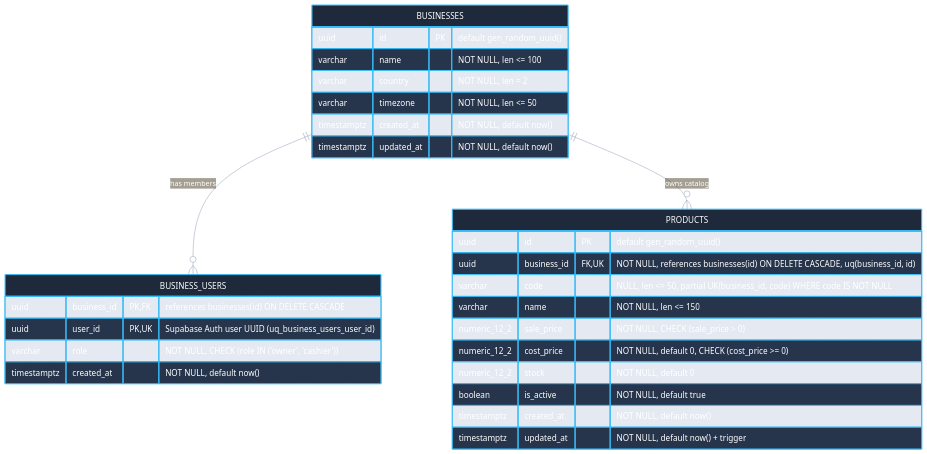
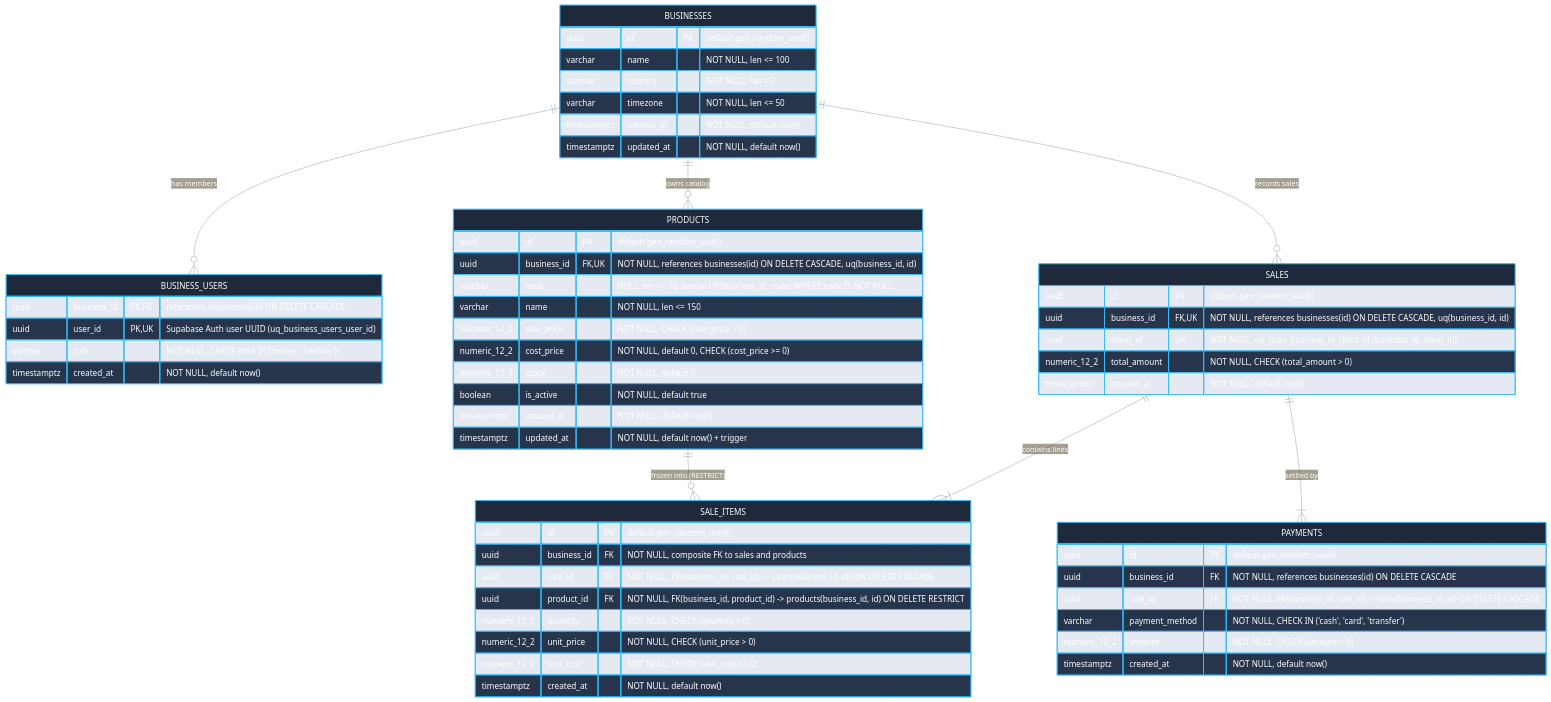
Before and after one commit to ninargue/registro-venta-micro: the diagram in docs/04-modelo-de-datos/erd.md, drawn with Mermaid. The commit also changed other lines of this file and 5 other files, not shown here.

````diff
--- a/docs/04-modelo-de-datos/erd.md
+++ b/docs/04-modelo-de-datos/erd.md
@@ -6,35 +6,67 @@
 ```mermaid
 %%{init: {'theme': 'base', 'themeVariables': { 'primaryColor': '#1e293b', 'primaryTextColor': '#ffffff', 'primaryBorderColor': '#38bdf8', 'lineColor': '#94a3b8' }}}%%
 erDiagram
     BUSINESSES ||--o{ BUSINESS_USERS : "has members"
     BUSINESSES ||--o{ PRODUCTS : "owns catalog"
+    BUSINESSES ||--o{ SALES : "records sales"
+    SALES ||--|{ SALE_ITEMS : "contains lines"
+    SALES ||--|{ PAYMENTS : "settled by"
+    PRODUCTS ||--o{ SALE_ITEMS : "frozen into (RESTRICT)"
 
     BUSINESSES {
         uuid id PK "default gen_random_uuid()"
         varchar name "NOT NULL, len <= 100"
         varchar country "NOT NULL, len = 2"
         varchar timezone "NOT NULL, len <= 50"
         timestamptz created_at "NOT NULL, default now()"
         timestamptz updated_at "NOT NULL, default now()"
     }
 
     BUSINESS_USERS {
         uuid business_id PK, FK "references businesses(id) ON DELETE CASCADE"
         uuid user_id PK, UK "Supabase Auth user UUID (uq_business_users_user_id)"
         varchar role "NOT NULL, CHECK (role IN ('owner', 'cashier'))"
         timestamptz created_at "NOT NULL, default now()"
     }
 
     PRODUCTS {
         uuid id PK "default gen_random_uuid()"
         uuid business_id FK, UK "NOT NULL, references businesses(id) ON DELETE CASCADE, uq(business_id, id)"
         varchar code "NULL, len <= 50, partial UK(business_id, code) WHERE code IS NOT NULL"
         varchar name "NOT NULL, len <= 150"
         numeric_12_2 sale_price "NOT NULL, CHECK (sale_price > 0)"
         numeric_12_2 cost_price "NOT NULL, default 0, CHECK (cost_price >= 0)"
         numeric_12_2 stock "NOT NULL, default 0"
         boolean is_active "NOT NULL, default true"
         timestamptz created_at "NOT NULL, default now()"
         timestamptz updated_at "NOT NULL, default now() + trigger"
     }
+
+    SALES {
+        uuid id PK "default gen_random_uuid()"
+        uuid business_id FK, UK "NOT NULL, references businesses(id) ON DELETE CASCADE, uq(business_id, id)"
+        uuid client_id UK "NOT NULL, uq_sales_business_id_client_id (business_id, client_id)"
+        numeric_12_2 total_amount "NOT NULL, CHECK (total_amount > 0)"
+        timestamptz created_at "NOT NULL, default now()"
+    }
+
+    SALE_ITEMS {
+        uuid id PK "default gen_random_uuid()"
+        uuid business_id FK "NOT NULL, composite FK to sales and products"
+        uuid sale_id FK "NOT NULL, FK(business_id, sale_id) -> sales(business_id, id) ON DELETE CASCADE"
+        uuid product_id FK "NOT NULL, FK(business_id, product_id) -> products(business_id, id) ON DELETE RESTRICT"
+        numeric_12_2 quantity "NOT NULL, CHECK (quantity > 0)"
+        numeric_12_2 unit_price "NOT NULL, CHECK (unit_price > 0)"
+        numeric_12_2 unit_cost "NOT NULL, CHECK (unit_cost >= 0)"
+        timestamptz created_at "NOT NULL, default now()"
+    }
+
+    PAYMENTS {
+        uuid id PK "default gen_random_uuid()"
+        uuid business_id FK "NOT NULL, references businesses(id) ON DELETE CASCADE"
+        uuid sale_id FK "NOT NULL, FK(business_id, sale_id) -> sales(business_id, id) ON DELETE CASCADE"
+        varchar payment_method "NOT NULL, CHECK IN ('cash', 'card', 'transfer')"
+        numeric_12_2 amount "NOT NULL, CHECK (amount > 0)"
+        timestamptz created_at "NOT NULL, default now()"
+    }
 ```
````
